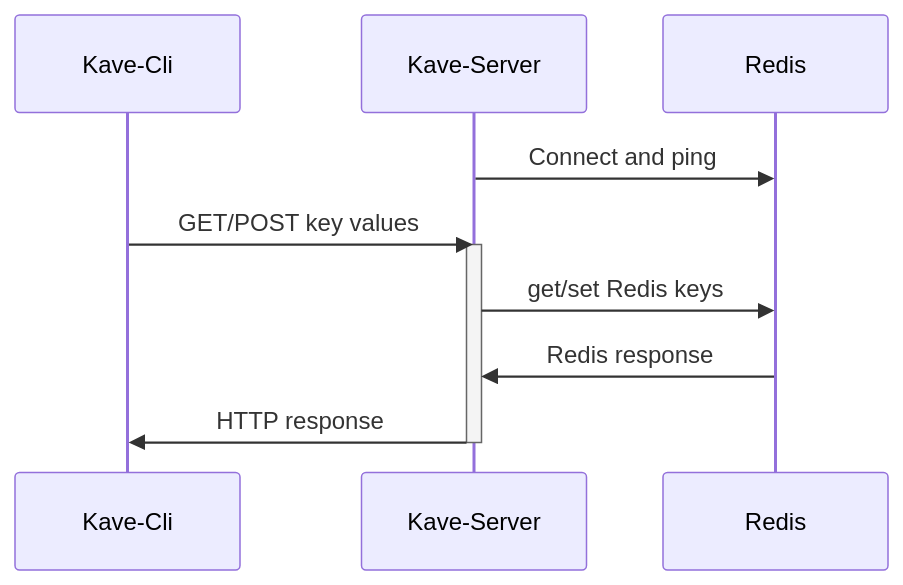
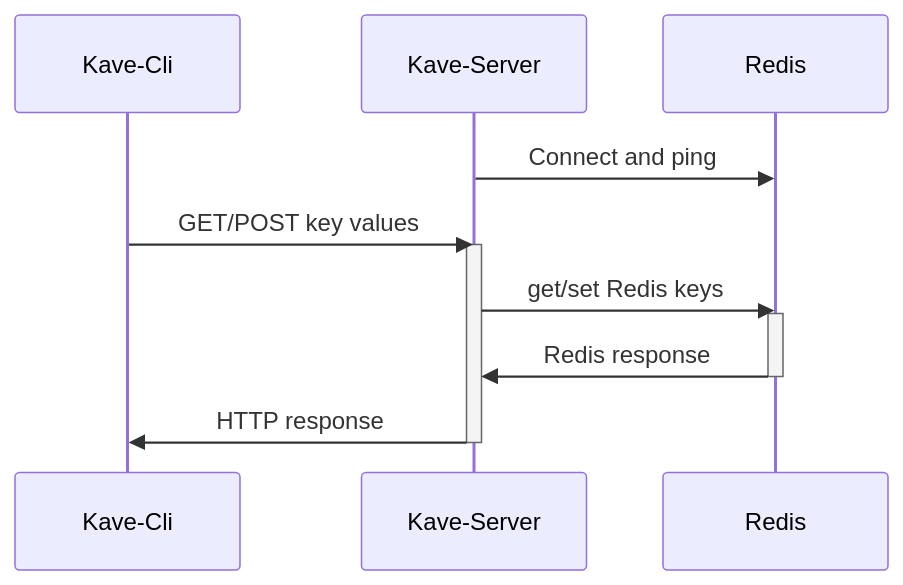
Before and after one commit to pdcalado/kave: the diagram in README.md, drawn with Mermaid. The commit also changed other lines of this file, not shown here.

Commit message:
Add coverage badge.

````diff
--- a/README.md
+++ b/README.md
@@ -12,11 +14,13 @@
 ```mermaid
 sequenceDiagram
     participant Kave-Cli
     Kave-Server->>Redis: Connect and ping
     Kave-Cli->>Kave-Server: GET/POST key values
     activate Kave-Server
     Kave-Server->>Redis: get/set Redis keys
+    activate Redis
     Redis->>Kave-Server: Redis response
+    deactivate Redis
     Kave-Server->>Kave-Cli: HTTP response
     deactivate Kave-Server
 ```
````
